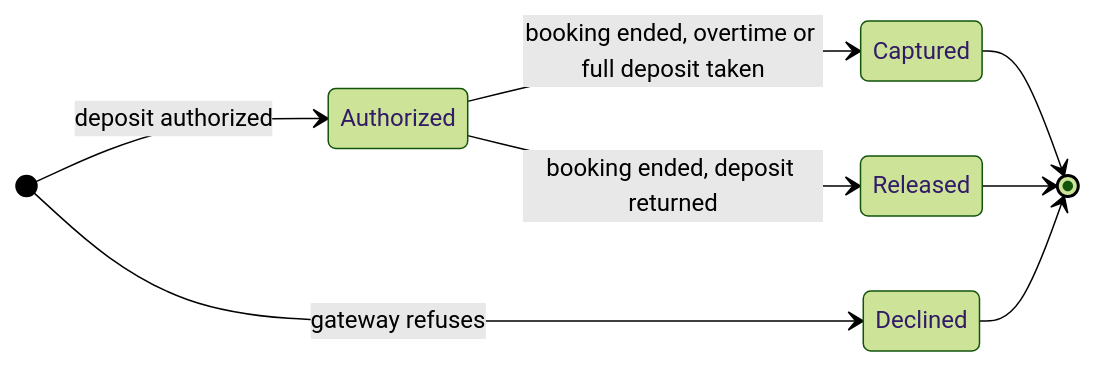
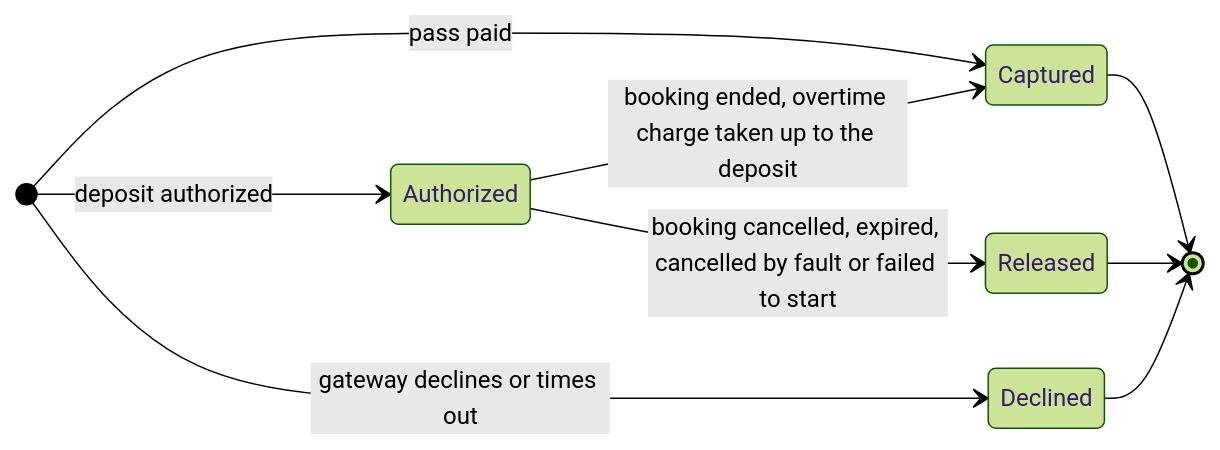
The sixth of 6 diagrams in docs/domain-model.md (Ad-Qualquer-Coisa/TQS-Group-P11), drawn with Mermaid (forest theme) before and after one commit. The commit also changed other lines of this file, not shown here.

````diff
--- a/docs/domain-model.md
+++ b/docs/domain-model.md
@@ -273,11 +322,12 @@
 ```mermaid
 stateDiagram-v2
   direction LR
   [*] --> Authorized : deposit authorized
-  [*] --> Declined : gateway refuses
-  Authorized --> Captured : booking ended, overtime or full deposit taken
-  Authorized --> Released : booking ended, deposit returned
+  [*] --> Declined : gateway declines or times out
+  [*] --> Captured : pass paid
+  Authorized --> Captured : booking ended, overtime charge taken up to the deposit
+  Authorized --> Released : booking cancelled, expired, cancelled by fault or failed to start
   Captured --> [*]
   Released --> [*]
   Declined --> [*]
 ```
````
